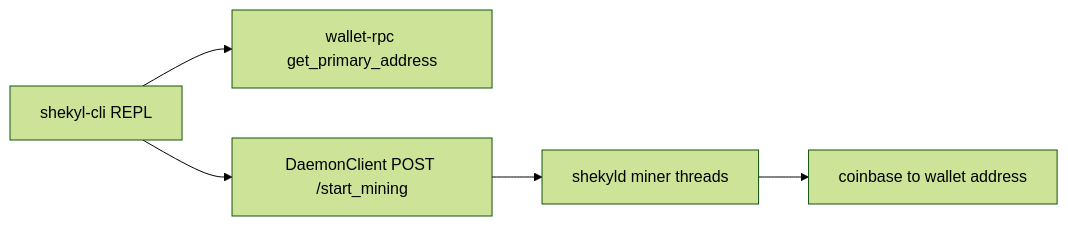
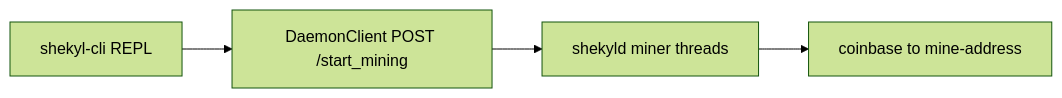
One commit to Shekyl-Foundation/shekyl-core changed the diagram in docs/design/CLI_USABILITY.md. Above: the diagram before and after it, drawn with Mermaid (forest theme). The commit also changed other lines of this file and 6 other files, not shown here.

First line of the commit message:
cli: mine words do not require a wallet

````diff
--- a/docs/design/CLI_USABILITY.md
+++ b/docs/design/CLI_USABILITY.md
@@ -74,7 +74,6 @@
 ```mermaid
 flowchart LR
-  repl["shekyl-cli REPL"] --> addr["wallet-rpc get_primary_address"]
-  repl --> mine["DaemonClient POST /start_mining"]
+  repl["shekyl-cli REPL"] --> mine["DaemonClient POST /start_mining"]
   mine --> shekyld["shekyld miner threads"]
-  shekyld --> coinbase["coinbase to wallet address"]
+  shekyld --> coinbase["coinbase to mine-address"]
 ```
````
